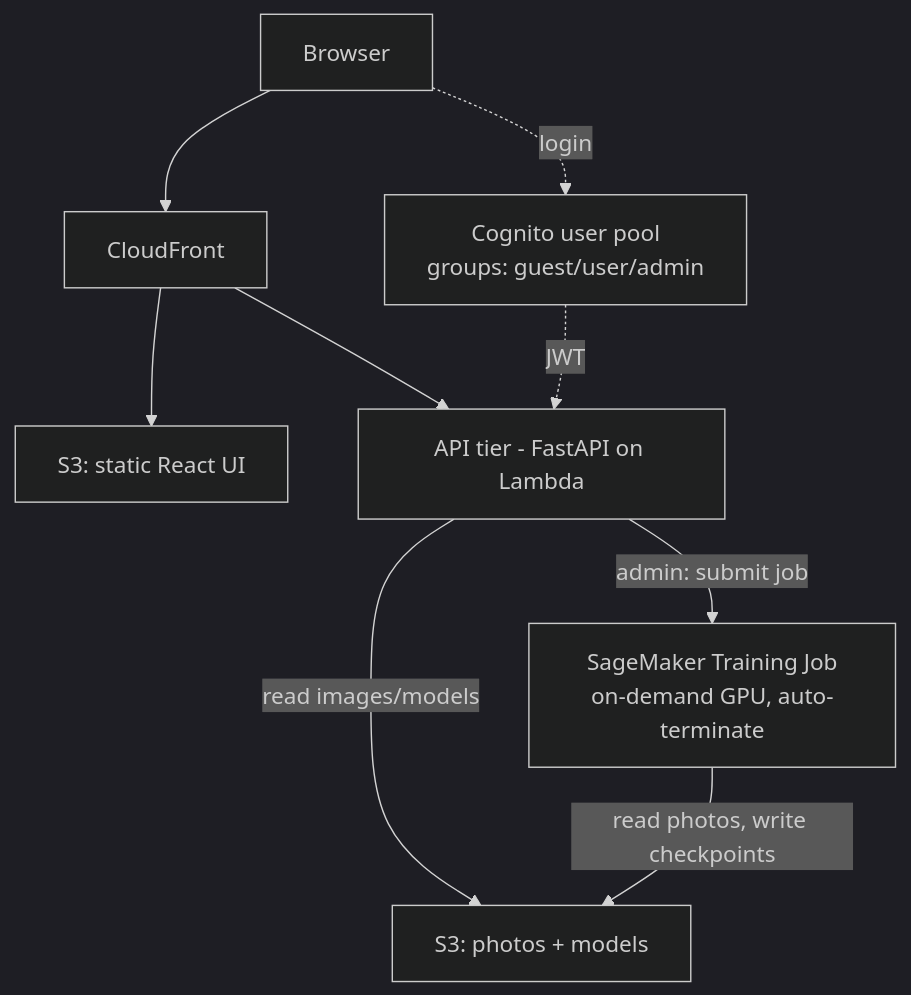
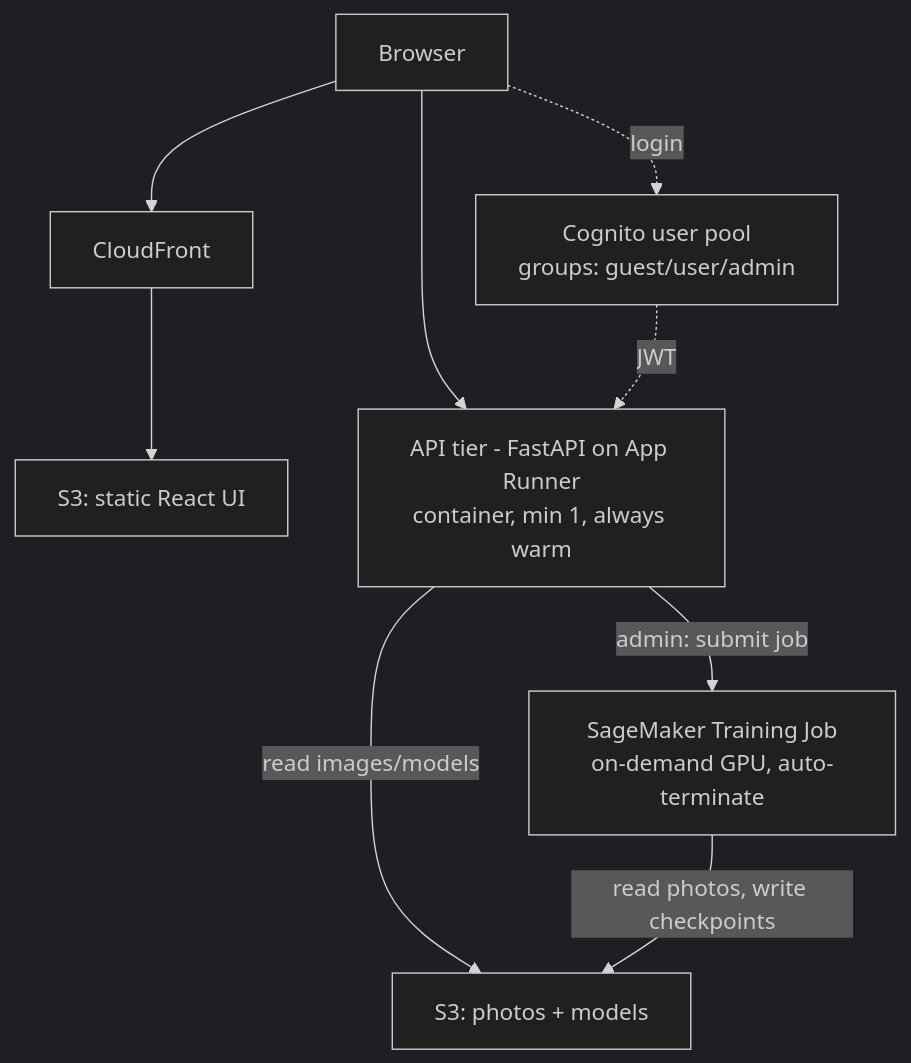
The diagram in docs/DEPLOYMENT_PLAN.md (milankla/arepas), drawn with Mermaid (dark theme) before and after one commit. The commit also changed other lines of this file and 2 other files, not shown here.

````diff
--- a/docs/DEPLOYMENT_PLAN.md
+++ b/docs/DEPLOYMENT_PLAN.md
@@ -48,11 +58,11 @@
 ```mermaid
 flowchart TD
     U[Browser] --> CF[CloudFront]
     CF --> S3F[S3: static React UI]
-    CF --> API[API tier - FastAPI on Lambda]
+    U --> API[API tier - FastAPI on App Runner<br/>container, min 1, always warm]
     U -. login .-> COG[Cognito user pool<br/>groups: guest/user/admin]
     COG -. JWT .-> API
     API -->|read images/models| S3D[S3: photos + models]
     API -->|admin: submit job| TR[SageMaker Training Job<br/>on-demand GPU, auto-terminate]
     TR -->|read photos, write checkpoints| S3D
 ```
````
